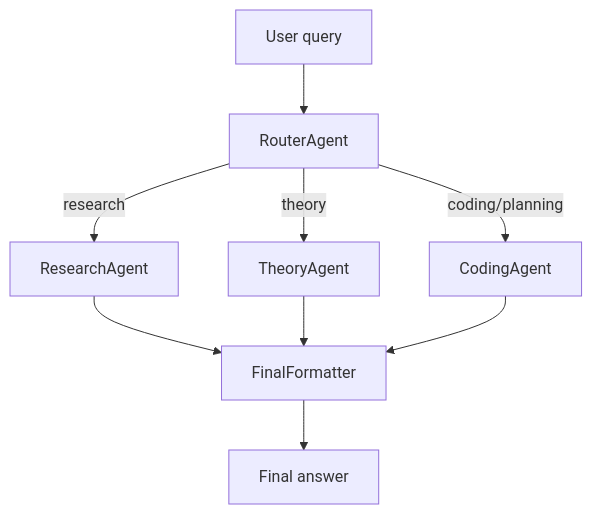
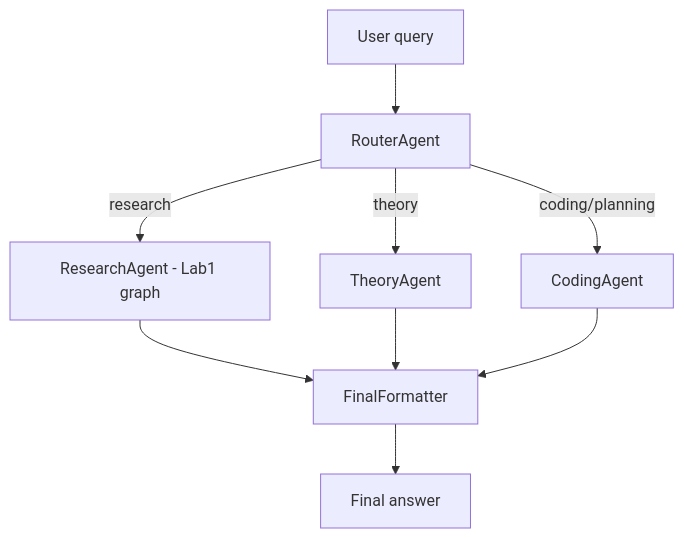
One commit to JorgeSosa1927/react-agent-streamlit-LLM changed the second of 2 diagrams in README.md. Above: the diagram before and after it, drawn with Mermaid. The commit also changed other lines of this file, not shown here.

Commit message:
Simplify MAS mermaid diagram labels

````diff
--- a/README.md
+++ b/README.md
@@ -275,14 +274,14 @@
 ```mermaid
 graph TD
-    U[User query] --> R[RouterAgent]
+  U[User query] --> R[RouterAgent]
 
-    R -->|research| Re[ResearchAgent]
-    R -->|theory| T[TheoryAgent]
-    R -->|coding/planning| C[CodingAgent]
+  R -->|research| Re[ResearchAgent - Lab1 graph]
+  R -->|theory| T[TheoryAgent]
+  R -->|coding/planning| C[CodingAgent]
 
-    Re --> F[FinalFormatter]
-    T --> F
-    C --> F
+  Re --> F[FinalFormatter]
+  T --> F
+  C --> F
 
-    F --> O[Final answer]
+  F --> O[Final answer]
 ```
````
